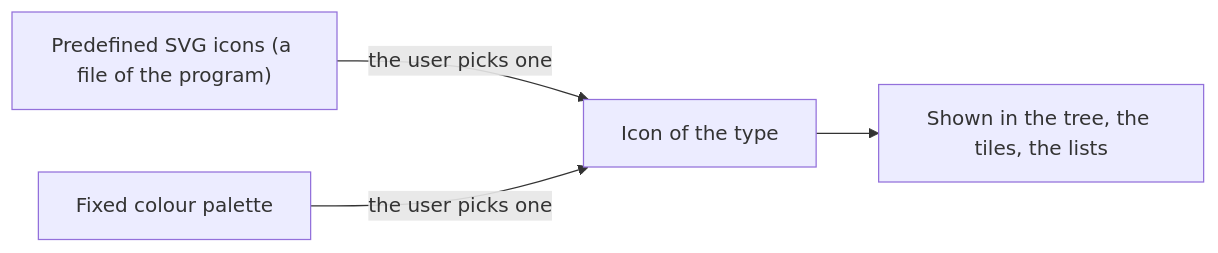
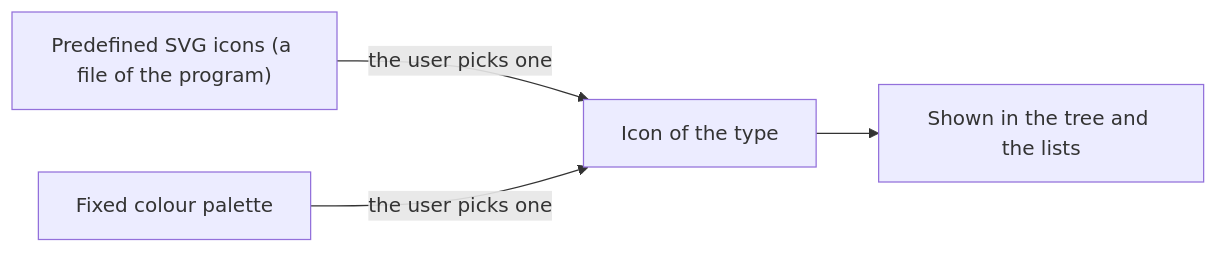
Before and after one commit to AlexandreGallais/synoptic-studio-spec: the first of 2 diagrams in metadata/02-icons.md, drawn with Mermaid. The commit also changed other lines of this file and 20 other files, not shown here.

````diff
--- a/metadata/02-icons.md
+++ b/metadata/02-icons.md
@@ -19,6 +19,6 @@
 ```mermaid
 flowchart LR
     L["Predefined SVG icons (a file of the program)"] -->|"the user picks one"| I[Icon of the type]
     C["Fixed colour palette"] -->|"the user picks one"| I
-    I --> V["Shown in the tree, the tiles, the lists"]
+    I --> V["Shown in the tree and the lists"]
 ```
````
